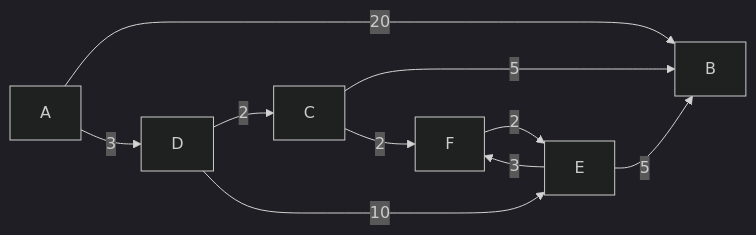
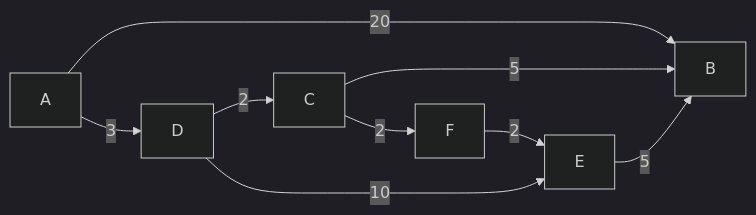
One commit to boddaert/nsi changed the diagram in terminale/Structures_relationnelles_de_données/Activité_vacances_à_la_plage.md. Above: the diagram before and after it, drawn with Mermaid (dark theme). The commit also changed other lines of this file, not shown here.

````diff
--- a/terminale/Structures_relationnelles_de_données/Activité_vacances_à_la_plage.md
+++ b/terminale/Structures_relationnelles_de_données/Activité_vacances_à_la_plage.md
@@ -35,12 +35,11 @@
 ```mermaid
     flowchart LR
         A --20--> B
         A --3--> D
         C --5--> B
         C --2--> F
         D --2--> C
         D --10--> E
         E --5--> B
-        E --3--> F
         F --2--> E
 ```
````
